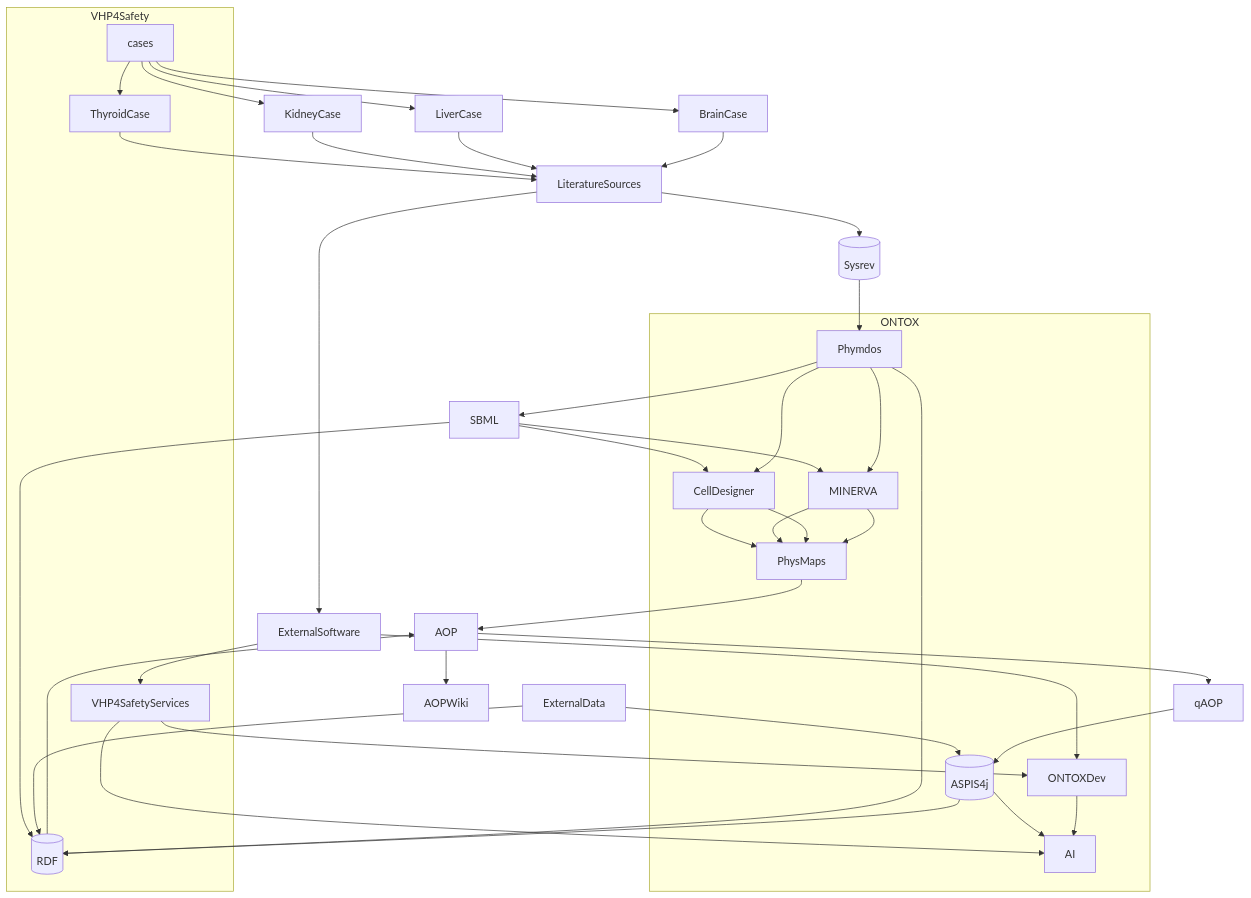
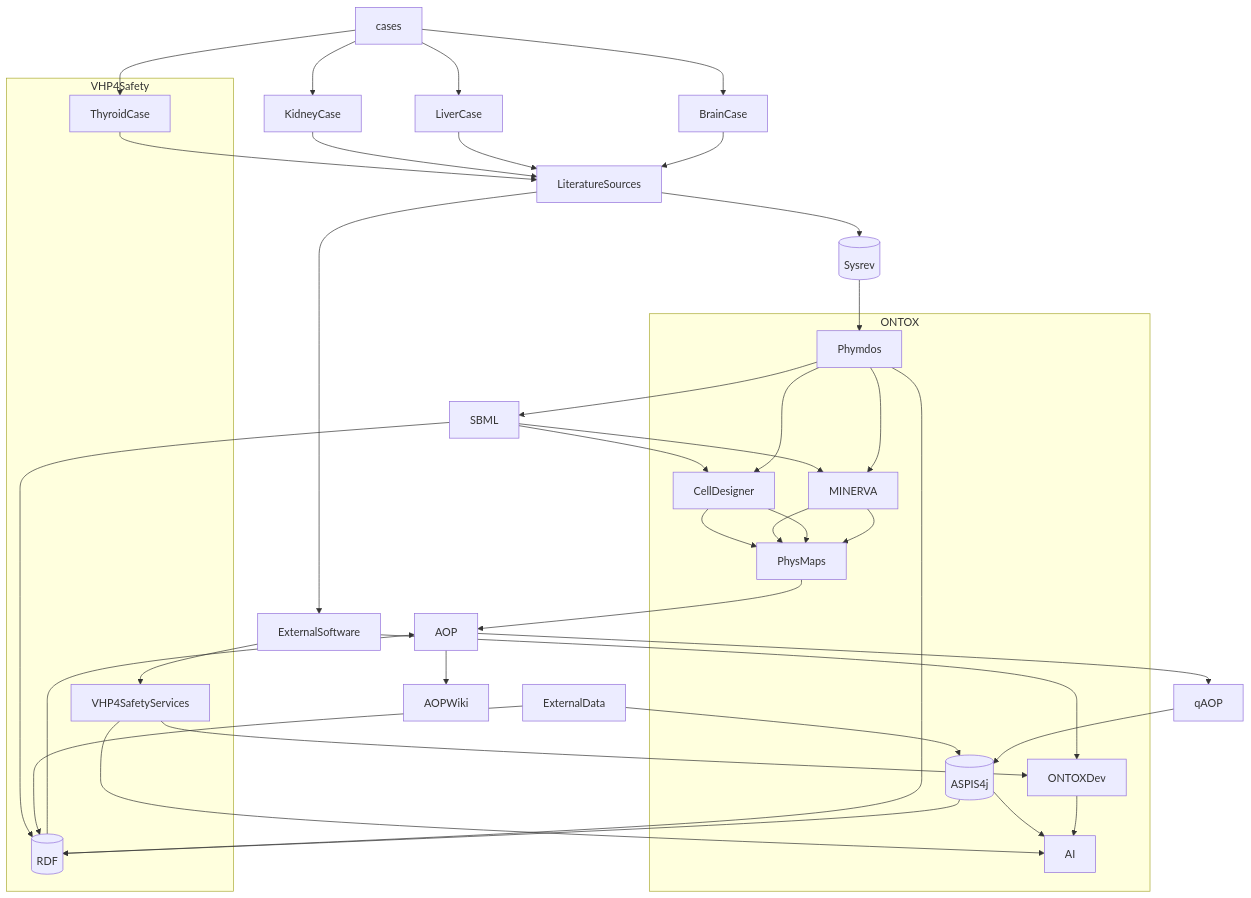
One commit to ontox-hu/workflows changed the diagram in ONTOX-vs-VHP4Safety.md. Above: the diagram before and after it, drawn with Mermaid.

````diff
--- a/ONTOX-vs-VHP4Safety.md
+++ b/ONTOX-vs-VHP4Safety.md
@@ -1,62 +1,63 @@
 ```mermaid
 flowchart TB
 
     cases-->KidneyCase
     cases-->LiverCase
     cases-->BrainCase
+    cases-->ThyroidCase
     
     KidneyCase-->LiteratureSources
     LiverCase-->LiteratureSources
     BrainCase-->LiteratureSources
     ThyroidCase-->LiteratureSources
     LiteratureSources-->Sysrev[(Sysrev)]
     Sysrev[(Sysrev)]-->Phymdos
     Phymdos-->SBML
     SBML-->CellDesigner
     SBML-->MINERVA
     SBML-->RDF[(RDF)]
     CellDesigner-->PhysMaps
     MINERVA-->PhysMaps
     PhysMaps-->AOP
- 
+    
  %%%%%%%%%%%%%%%%%%%%%%%%%%%%%%%
  
     subgraph ONTOX
     
     ONTOXDev
     Phymdos-->MINERVA
     Phymdos-->CellDesigner
     CellDesigner-->PhysMaps
     MINERVA-->PhysMaps
     ASPIS4j[(ASPIS4j)]-->AI
     
     end
  
  %%%%%%%%%%%%%%%%%%%%%%%%%%%%%%%%
  
     subgraph VHP4Safety
     
-    cases-->ThyroidCase 
+    ThyroidCase 
     Phymdos-->RDF[(RDF)]
     VHP4SafetyServices
     VHP4SafetyServices-->AI
     ONTOXDev-->AI
     
     end
     
  %%%%%%%%%%%%%%%%%%%%%%%%%%%%%%%%%%
  
     RDF[(RDF)]-->AOP
     AOP-->AOPWiki
     VHP4SafetyServices-->ONTOXDev
     AOP-->qAOP
     LiteratureSources-->ExternalSoftware
     ExternalSoftware-->VHP4SafetyServices
     ExternalSoftware-->ONTOXDev
     ExternalData-->ASPIS4j[(ASPIS4j)]
     qAOP-->ASPIS4j[(ASPIS4j)]
     ASPIS4j[(ASPIS4j)]-->RDF[(RDF)]
     ExternalData-->RDF[(RDF)]
     
     
 ```
````
